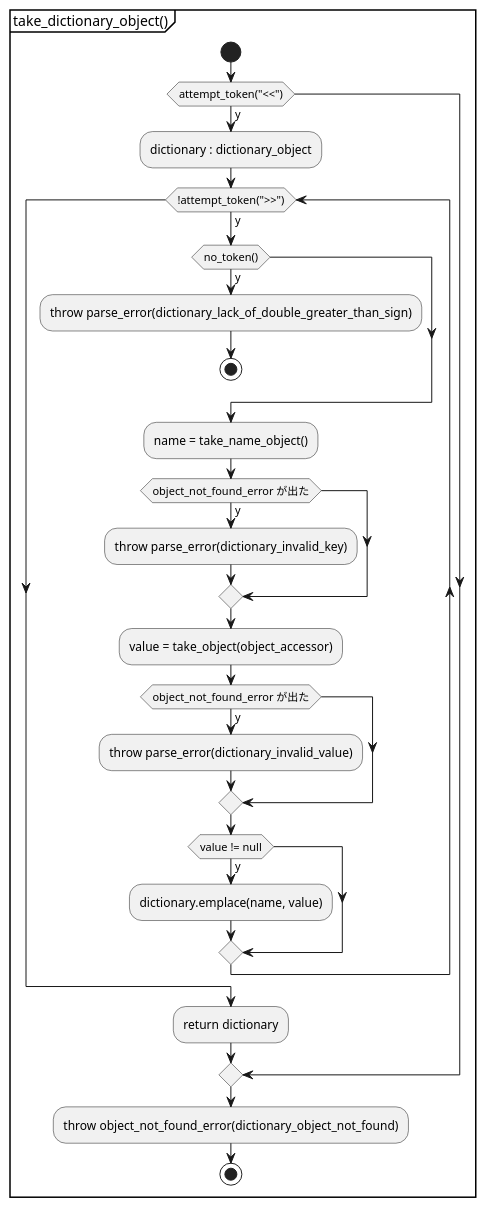
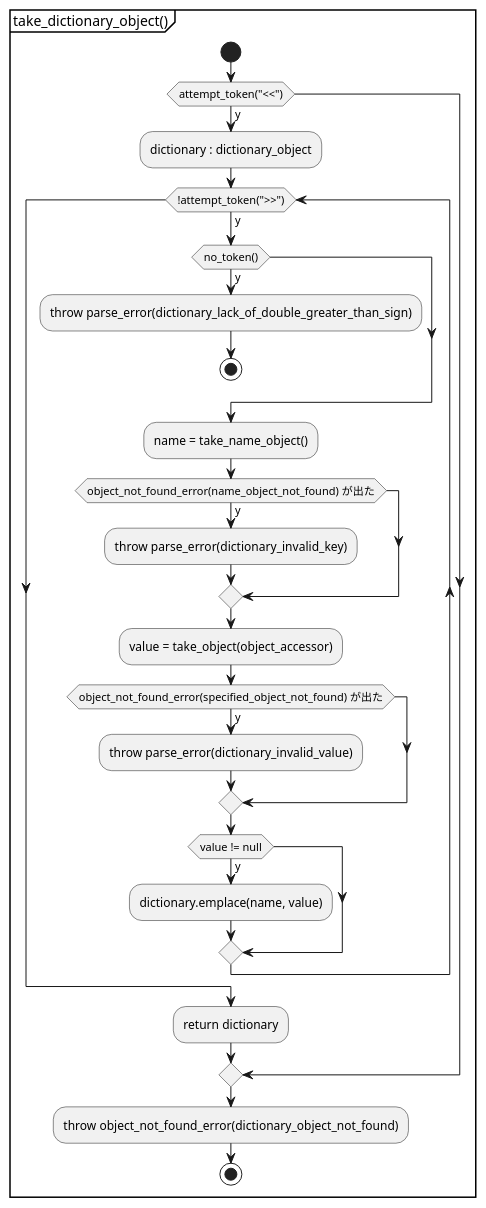
One commit to KodaiYM/PDFReader changed diagram 14 of 17 in document/stream_parser.activity.pu. Above: the diagram before and after it, drawn with PlantUML. The commit also changed other lines of this file and 6 other files, not shown here.

Commit message:
take_object_test の作成と、object_not_found_error の catch 時にエラーを特定するようにした

```diff
--- a/document/stream_parser.activity.pu
+++ b/document/stream_parser.activity.pu
@@ -398,33 +398,33 @@
 @startuml take_dictionary_object
 partition "take_dictionary_object()" {
 start
 	if (attempt_token("<<")) then (y)
 		:dictionary : dictionary_object;
 
 		while (!attempt_token(">>")) is (y)
 			if (no_token()) then (y)
 				:throw parse_error(dictionary_lack_of_double_greater_than_sign);
 				stop
 			endif
 
 			:name = take_name_object();
-			if (object_not_found_error が出た) then (y)
+			if (object_not_found_error(name_object_not_found) が出た) then (y)
 				:throw parse_error(dictionary_invalid_key);
 			endif
 
 			:value = take_object(object_accessor);
-			if (object_not_found_error が出た) then (y)
+			if (object_not_found_error(specified_object_not_found) が出た) then (y)
 				:throw parse_error(dictionary_invalid_value);
 			endif
 			if (value != null) then (y)
 				:dictionary.emplace(name, value);
 			endif
 		endwhile
 
 		:return dictionary;
 	endif
 
 	:throw object_not_found_error(dictionary_object_not_found);
 stop
 }
 @enduml
```
